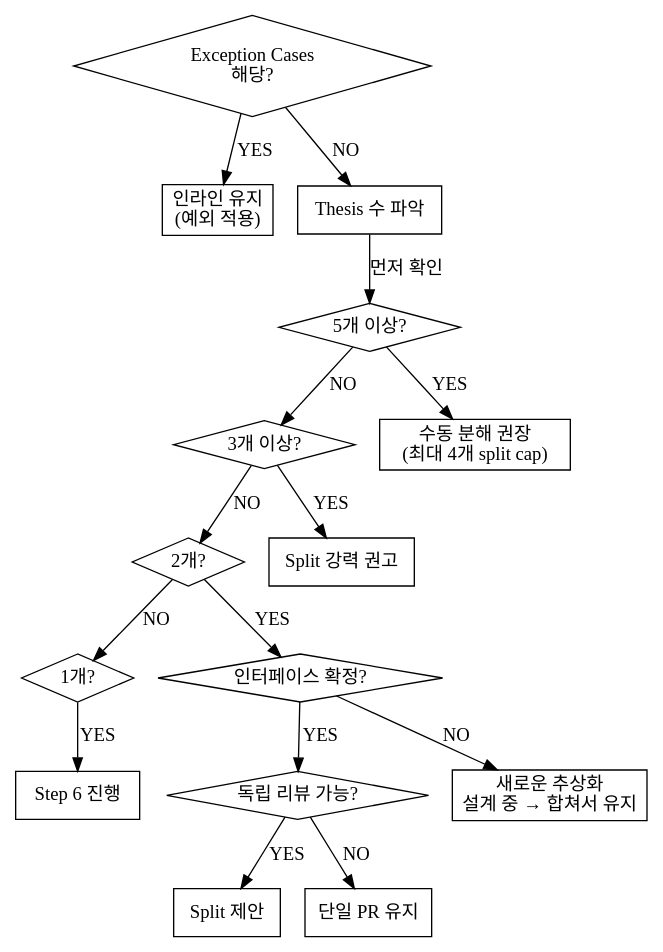
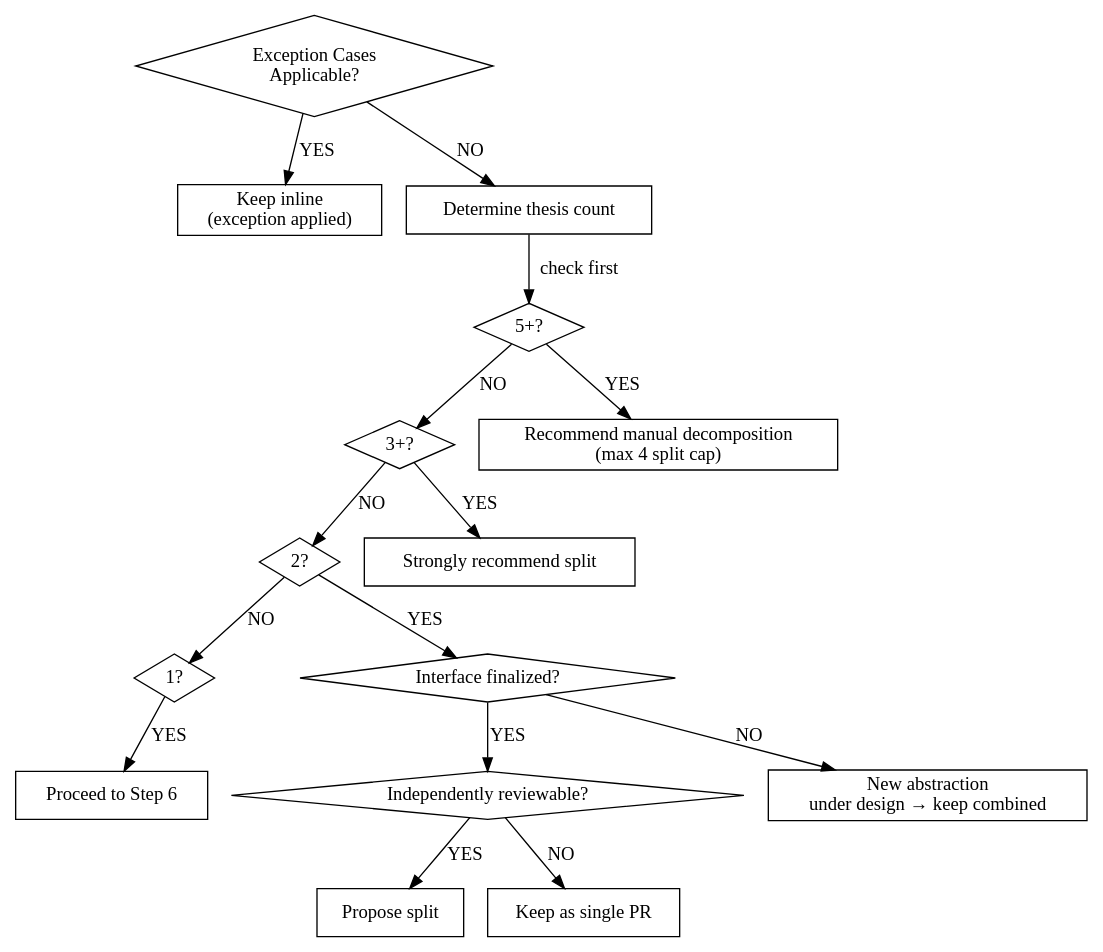
The diagram in skills/make-pr/references/scope-assessment.md (toongri/oh-my-toong-playground), drawn with Graphviz before and after one commit. The commit also changed other lines of this file, not shown here.

````diff
--- a/skills/make-pr/references/scope-assessment.md
+++ b/skills/make-pr/references/scope-assessment.md
@@ -44,36 +44,36 @@
 ```dot
 digraph thesis_decision {
     rankdir=TB;
 
-    "Exception Cases\n해당?" [shape=diamond];
-    "인라인 유지\n(예외 적용)" [shape=box];
-    "Thesis 수 파악" [shape=box];
-    "1개?" [shape=diamond];
-    "2개?" [shape=diamond];
-    "3개 이상?" [shape=diamond];
-    "5개 이상?" [shape=diamond];
-    "Step 6 진행" [shape=box];
-    "인터페이스 확정?" [shape=diamond];
-    "독립 리뷰 가능?" [shape=diamond];
-    "Split 제안" [shape=box];
-    "단일 PR 유지" [shape=box];
-    "새로운 추상화\n설계 중 → 합쳐서 유지" [shape=box];
-    "Split 강력 권고" [shape=box];
-    "수동 분해 권장\n(최대 4개 split cap)" [shape=box];
+    "Exception Cases\nApplicable?" [shape=diamond];
+    "Keep inline\n(exception applied)" [shape=box];
+    "Determine thesis count" [shape=box];
+    "1?" [shape=diamond];
+    "2?" [shape=diamond];
+    "3+?" [shape=diamond];
+    "5+?" [shape=diamond];
+    "Proceed to Step 6" [shape=box];
+    "Interface finalized?" [shape=diamond];
+    "Independently reviewable?" [shape=diamond];
+    "Propose split" [shape=box];
+    "Keep as single PR" [shape=box];
+    "New abstraction\nunder design → keep combined" [shape=box];
+    "Strongly recommend split" [shape=box];
+    "Recommend manual decomposition\n(max 4 split cap)" [shape=box];
 
-    "Exception Cases\n해당?" -> "인라인 유지\n(예외 적용)" [label="YES"];
-    "Exception Cases\n해당?" -> "Thesis 수 파악" [label="NO"];
-    "Thesis 수 파악" -> "5개 이상?" [label="먼저 확인"];
-    "5개 이상?" -> "수동 분해 권장\n(최대 4개 split cap)" [label="YES"];
-    "5개 이상?" -> "3개 이상?" [label="NO"];
-    "3개 이상?" -> "Split 강력 권고" [label="YES"];
-    "3개 이상?" -> "2개?" [label="NO"];
-    "2개?" -> "인터페이스 확정?" [label="YES"];
-    "2개?" -> "1개?" [label="NO"];
-    "1개?" -> "Step 6 진행" [label="YES"];
-    "인터페이스 확정?" -> "독립 리뷰 가능?" [label="YES"];
-    "인터페이스 확정?" -> "새로운 추상화\n설계 중 → 합쳐서 유지" [label="NO"];
-    "독립 리뷰 가능?" -> "Split 제안" [label="YES"];
-    "독립 리뷰 가능?" -> "단일 PR 유지" [label="NO"];
+    "Exception Cases\nApplicable?" -> "Keep inline\n(exception applied)" [label="YES"];
+    "Exception Cases\nApplicable?" -> "Determine thesis count" [label="NO"];
+    "Determine thesis count" -> "5+?" [label="check first"];
+    "5+?" -> "Recommend manual decomposition\n(max 4 split cap)" [label="YES"];
+    "5+?" -> "3+?" [label="NO"];
+    "3+?" -> "Strongly recommend split" [label="YES"];
+    "3+?" -> "2?" [label="NO"];
+    "2?" -> "Interface finalized?" [label="YES"];
+    "2?" -> "1?" [label="NO"];
+    "1?" -> "Proceed to Step 6" [label="YES"];
+    "Interface finalized?" -> "Independently reviewable?" [label="YES"];
+    "Interface finalized?" -> "New abstraction\nunder design → keep combined" [label="NO"];
+    "Independently reviewable?" -> "Propose split" [label="YES"];
+    "Independently reviewable?" -> "Keep as single PR" [label="NO"];
 }
 ```
````
